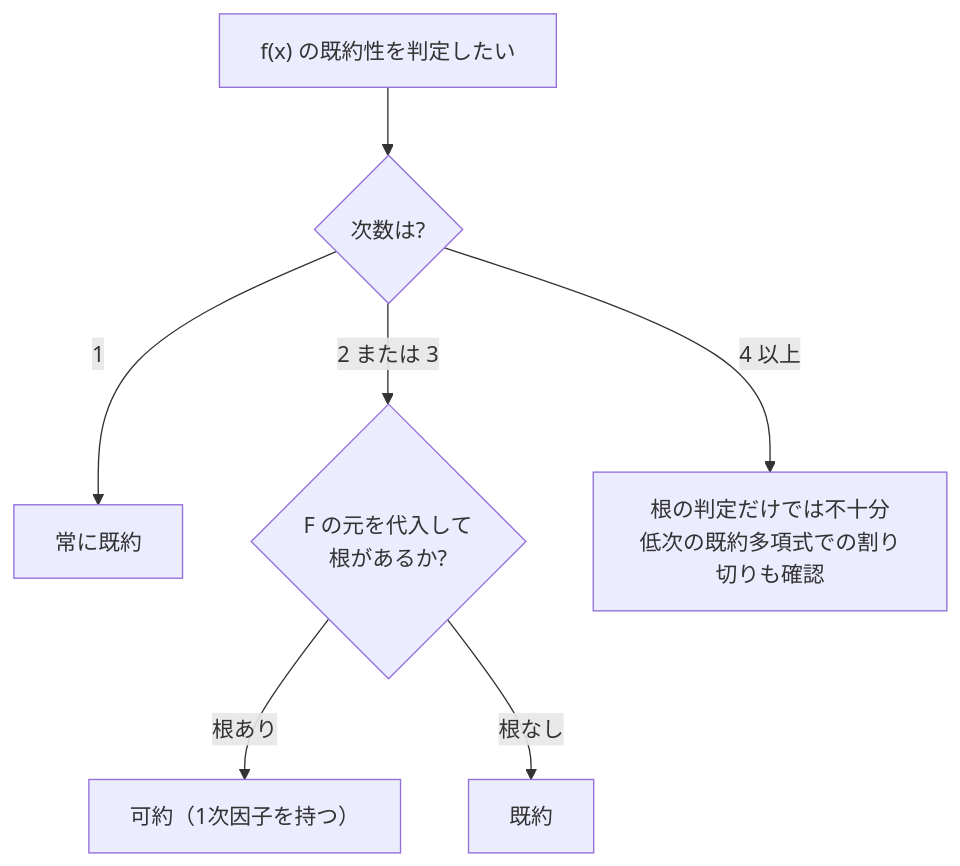
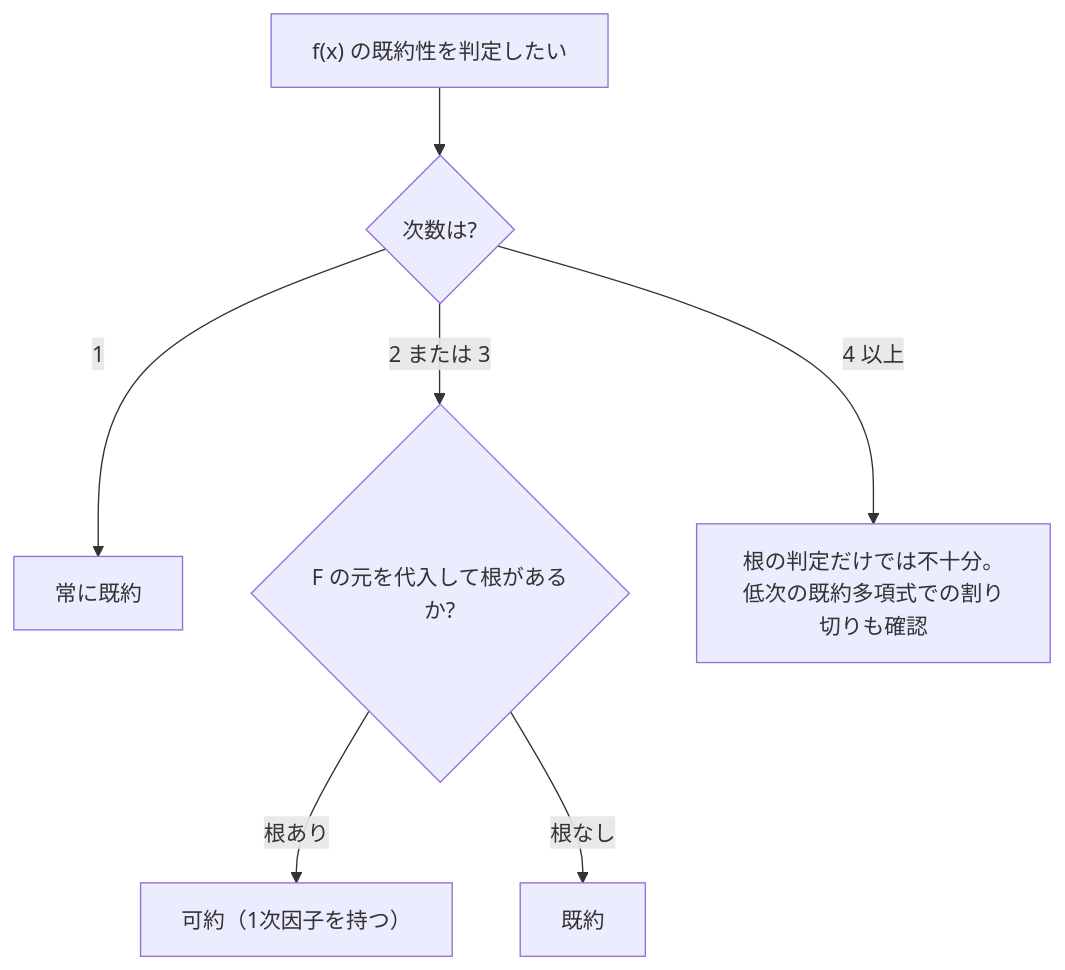
The diagram in topics/01_prerequisites/01_math-for-crypto/04_polynomials-ideals/02_irreducible-polynomials.md (SomaTomita/sec-prep), drawn with Mermaid before and after one commit. The commit also changed other lines of this file and 4 other files, not shown here.

````diff
--- a/topics/01_prerequisites/01_math-for-crypto/04_polynomials-ideals/02_irreducible-polynomials.md
+++ b/topics/01_prerequisites/01_math-for-crypto/04_polynomials-ideals/02_irreducible-polynomials.md
@@ -37,9 +39,9 @@
 ```mermaid
 flowchart TD
     S["f(x) の既約性を判定したい"] --> D{"次数は?"}
     D -->|"1"| ONE["常に既約"]
-    D -->|"2 または 3"| R{"F の元を代入して<br/>根があるか?"}
+    D -->|"2 または 3"| R{"F の元を代入して根があるか?"}
     R -->|"根あり"| RED["可約（1次因子を持つ）"]
     R -->|"根なし"| IRR["既約"]
-    D -->|"4 以上"| EX["根の判定だけでは不十分<br/>低次の既約多項式での割り切りも確認"]
+    D -->|"4 以上"| EX["根の判定だけでは不十分。低次の既約多項式での割り切りも確認"]
 ```
````
